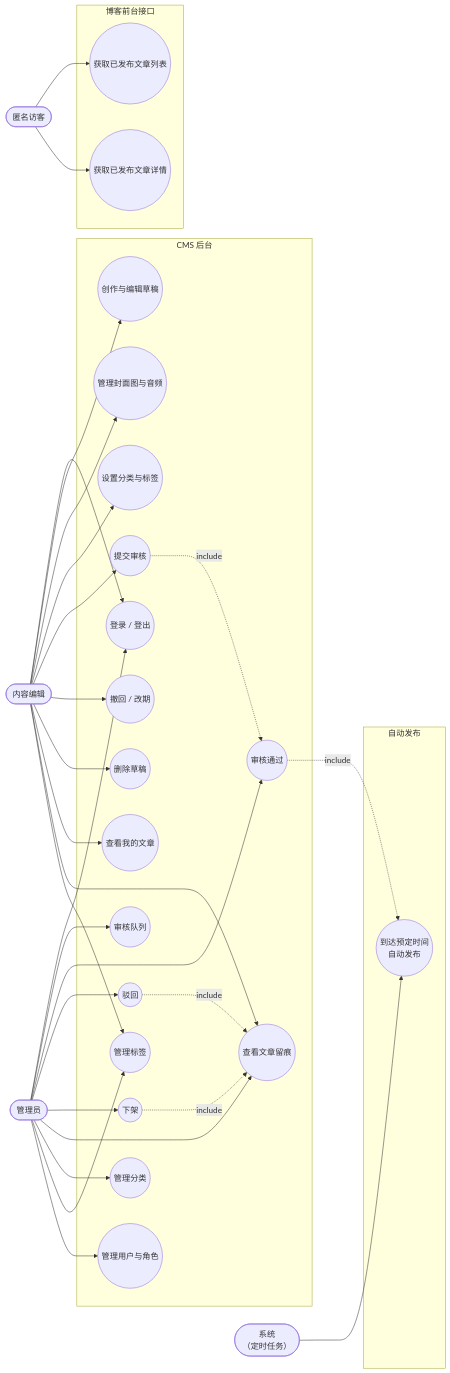
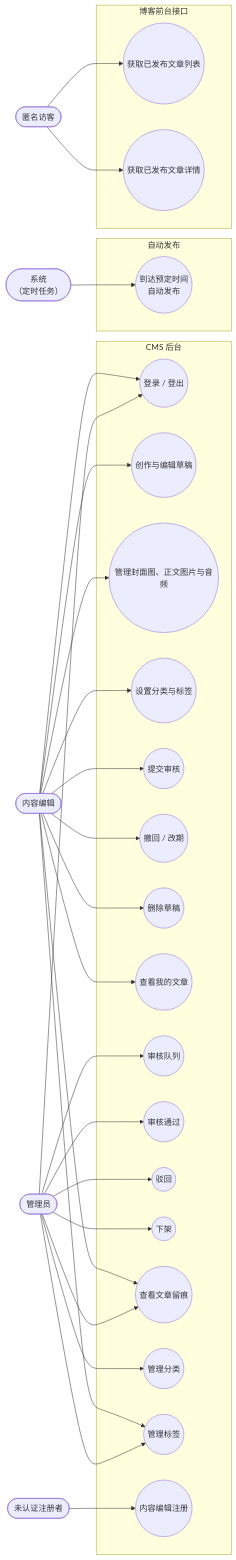
Before and after one commit to LIangZH-RT/CMS-TeamWork: the diagram in CMS-SRS.md, drawn with Mermaid. The commit also changed other lines of this file, not shown here.

````diff
--- a/CMS-SRS.md
+++ b/CMS-SRS.md
@@ -705,65 +733,62 @@
 ```mermaid
 graph LR
     Editor(["内容编辑"])
+    Registrant(["未认证注册者"])
     Admin(["管理员"])
     Visitor(["匿名访客"])
     System(["系统<br/>（定时任务）"])
 
     subgraph CMS["CMS 后台"]
         UC1(("登录 / 登出"))
         UC2(("创作与编辑草稿"))
-        UC3(("管理封面图与音频"))
+        UC3(("管理封面图、正文图片与音频"))
         UC4(("设置分类与标签"))
         UC5(("提交审核"))
         UC6(("撤回 / 改期"))
         UC7(("删除草稿"))
         UC8(("查看我的文章"))
         UC9(("审核队列"))
         UC10(("审核通过"))
         UC11(("驳回"))
         UC12(("下架"))
         UC13(("查看文章留痕"))
         UC14(("管理分类"))
         UC15(("管理标签"))
-        UC16(("管理用户与角色"))
+        UC16(("内容编辑注册"))
     end
 
     subgraph JOB["自动发布"]
         UC17(("到达预定时间<br/>自动发布"))
     end
 
     subgraph FRONT["博客前台接口"]
         UC18(("获取已发布文章列表"))
         UC19(("获取已发布文章详情"))
     end
 
     Editor --> UC1
     Editor --> UC2
     Editor --> UC3
     Editor --> UC4
     Editor --> UC5
     Editor --> UC6
     Editor --> UC7
     Editor --> UC8
     Editor --> UC13
     Editor --> UC15
 
     Admin --> UC1
     Admin --> UC9
     Admin --> UC10
     Admin --> UC11
     Admin --> UC12
     Admin --> UC13
     Admin --> UC14
     Admin --> UC15
-    Admin --> UC16
+    Registrant --> UC16
 
     System --> UC17
     Visitor --> UC18
     Visitor --> UC19
 
-    UC5 -.->|include| UC10
-    UC10 -.->|include| UC17
-    UC12 -.->|include| UC13
-    UC11 -.->|include| UC13
 ```
````
